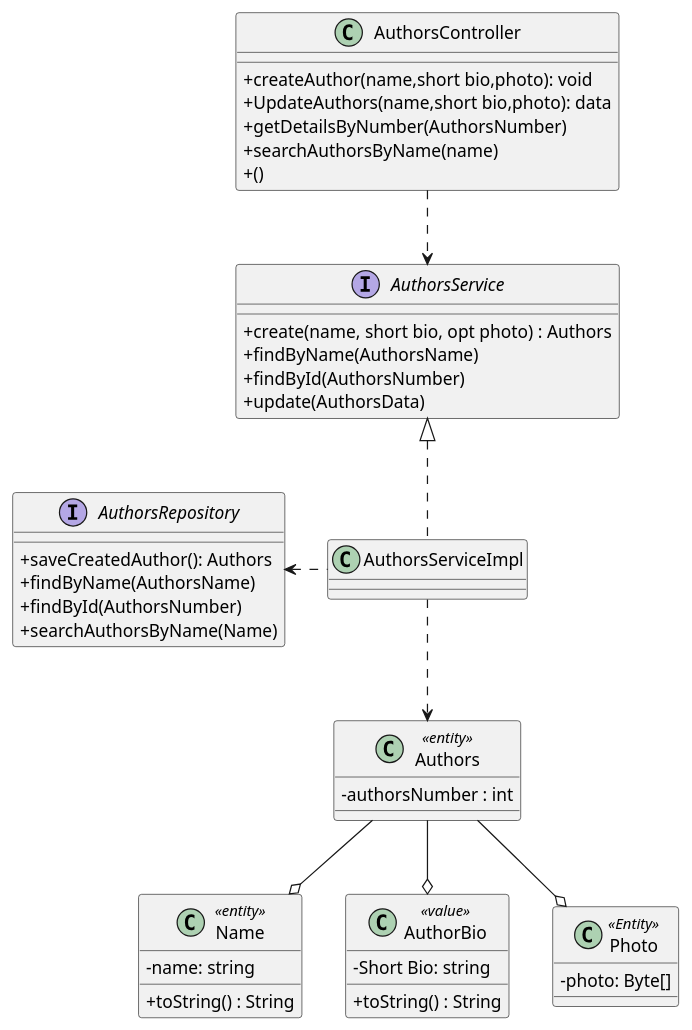
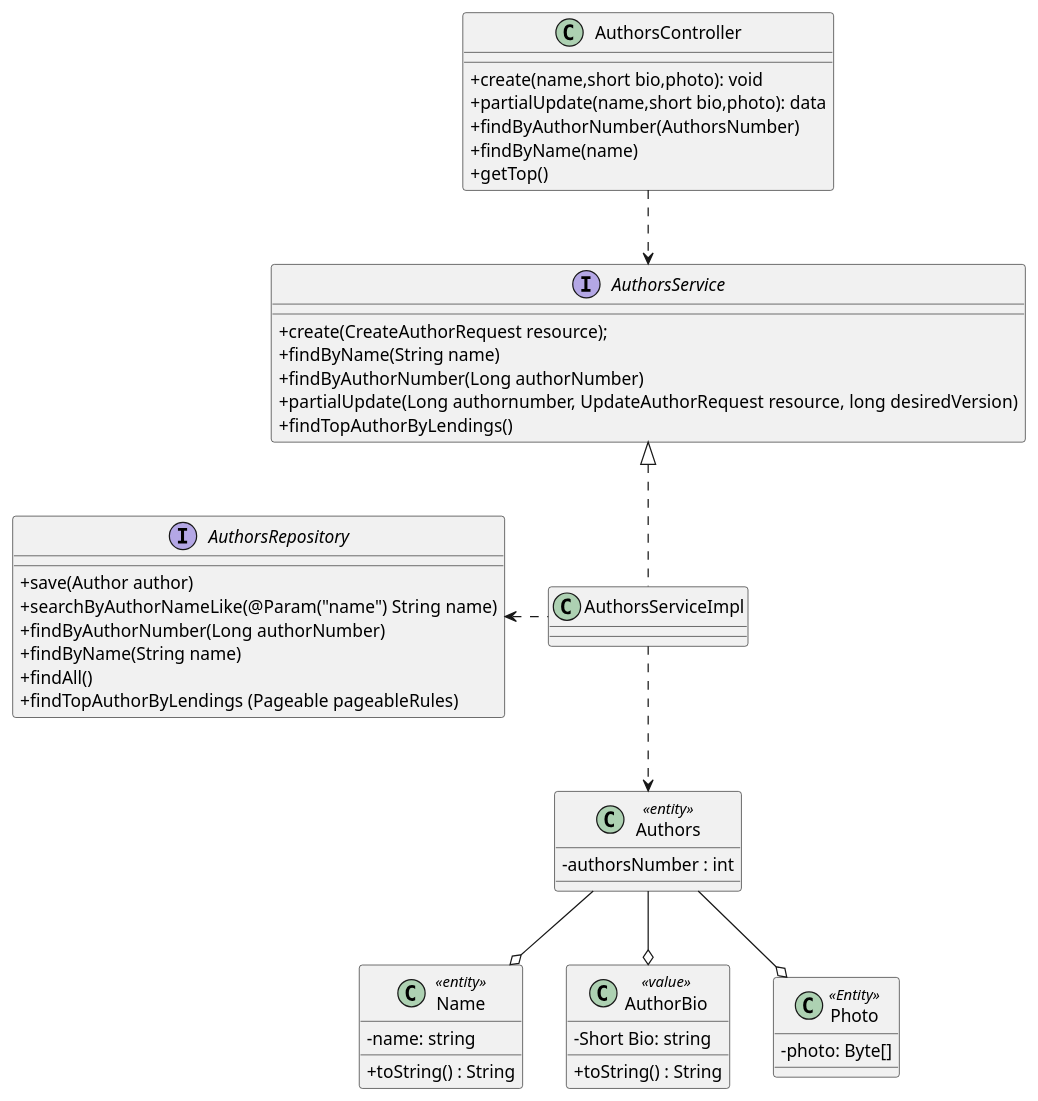
Before and after one commit to rutemf/1220944_1220772_G01: the diagram in Docs/Phase2/WP2B-Authors/ClassDiagram.puml, drawn with PlantUML. The commit also changed 13 other files, not shown here.

```diff
--- a/Docs/Phase2/WP2B-Authors/ClassDiagram.puml
+++ b/Docs/Phase2/WP2B-Authors/ClassDiagram.puml
@@ -1,55 +1,57 @@
 @startuml
 'https://plantuml.com/class-diagram
 
 skinparam classAttributeIconSize 0
 class Authors <<entity>>{
     - authorsNumber : int
 }
 class Name <<entity>>{
     - name: string
     + toString() : String
 }
 
 class AuthorBio <<value>>{
     - Short Bio: string
     + toString() : String
 }
 
 class Photo <<Entity>>{
     - photo: Byte[]
 }
 
 class AuthorsController {
-    +createAuthor(name,short bio,photo): void
-    +UpdateAuthors(name,short bio,photo): data
-    + getDetailsByNumber(AuthorsNumber)
-    + searchAuthorsByName(name)
-    + ()
+    +create(name,short bio,photo): void
+    +partialUpdate(name,short bio,photo): data
+    + findByAuthorNumber(AuthorsNumber)
+    + findByName(name)
+    + getTop()
 }
 
 class AuthorsServiceImpl implements AuthorsService{
 }
 
 interface AuthorsService {
-    + create(name, short bio, opt photo) : Authors
-    + findByName(AuthorsName)
-    + findById(AuthorsNumber)
-    + update(AuthorsData)
+    + create(CreateAuthorRequest resource);
+    + findByName(String name)
+    + findByAuthorNumber(Long authorNumber)
+    + partialUpdate(Long authornumber, UpdateAuthorRequest resource, long desiredVersion)
+    +findTopAuthorByLendings()
 }
 
 interface AuthorsRepository {
-    +saveCreatedAuthor(): Authors
-    + findByName(AuthorsName)
-    + findById(AuthorsNumber)
-    + searchAuthorsByName(Name)
-
+    +save(Author author)
+    + searchByAuthorNameLike(@Param("name") String name)
+    + findByAuthorNumber(Long authorNumber)
+    + findByName(String name)
+    +findAll()
+    +findTopAuthorByLendings (Pageable pageableRules)
 }
 
 AuthorsServiceImpl ..> Authors
 AuthorsController ..> AuthorsService
 AuthorsServiceImpl .left.> AuthorsRepository
 
 Authors --o Name
 Authors --o Photo
 Authors --o AuthorBio
 @enduml
```
